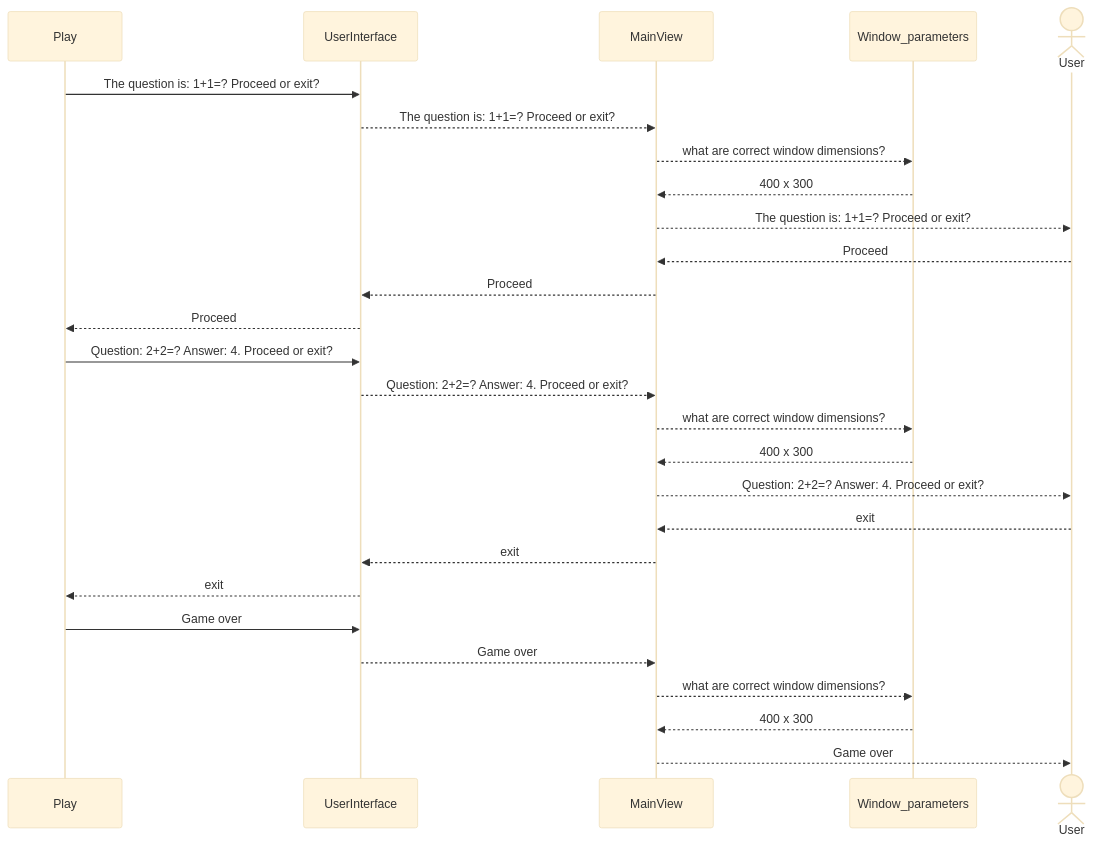
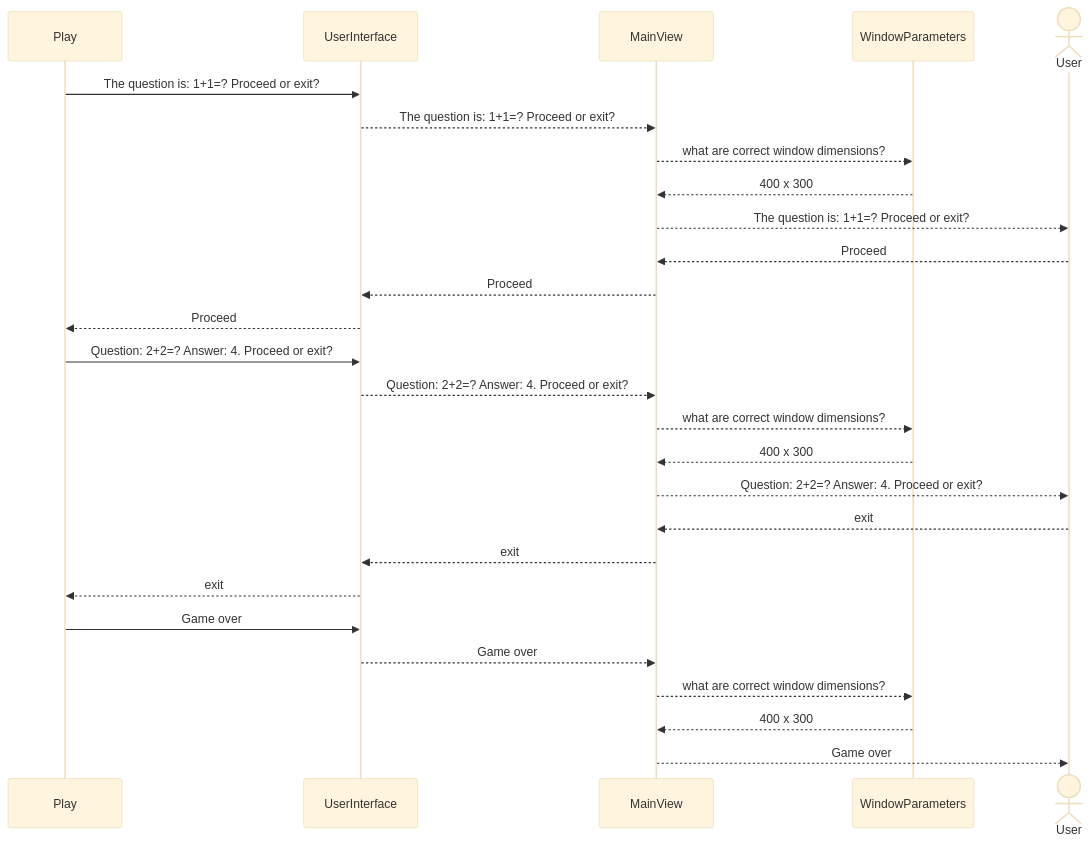
One commit to platipus82/ot-harjoitustyo changed the third of 3 diagrams in dokumentaatio/arkkitehtuuri.MD. Above: the diagram before and after it, drawn with Mermaid (base theme).

````diff
--- a/dokumentaatio/arkkitehtuuri.MD
+++ b/dokumentaatio/arkkitehtuuri.MD
@@ -227,26 +227,26 @@
 ```mermaid
 sequenceDiagram
 
     Play->>UserInterface: The question is: 1+1=? Proceed or exit?
     UserInterface-->>MainView: The question is: 1+1=? Proceed or exit?
-    MainView-->>Window_parameters: what are correct window dimensions?
-    Window_parameters-->> MainView: 400 x 300
+    MainView-->>WindowParameters: what are correct window dimensions?
+    WindowParameters-->> MainView: 400 x 300
     actor User
     MainView-->>User: The question is: 1+1=? Proceed or exit?
     User-->>MainView: Proceed
     MainView-->>UserInterface: Proceed
     UserInterface-->>Play: Proceed
     Play->>UserInterface: Question: 2+2=? Answer: 4.  Proceed or exit?
     UserInterface-->>MainView: Question: 2+2=? Answer: 4.  Proceed or exit?
-    MainView-->>Window_parameters: what are correct window dimensions?
-    Window_parameters-->> MainView: 400 x 300
+    MainView-->>WindowParameters: what are correct window dimensions?
+    WindowParameters-->> MainView: 400 x 300
     MainView-->>User: Question: 2+2=? Answer: 4.  Proceed or exit?
     User-->>MainView: exit
     MainView-->>UserInterface: exit
     UserInterface-->>Play: exit
     Play->>UserInterface: Game over
     UserInterface-->>MainView: Game over
-    MainView-->>Window_parameters: what are correct window dimensions?
-    Window_parameters-->> MainView: 400 x 300
+    MainView-->>WindowParameters: what are correct window dimensions?
+    WindowParameters-->> MainView: 400 x 300
     MainView-->>User: Game over
 ```    
````
